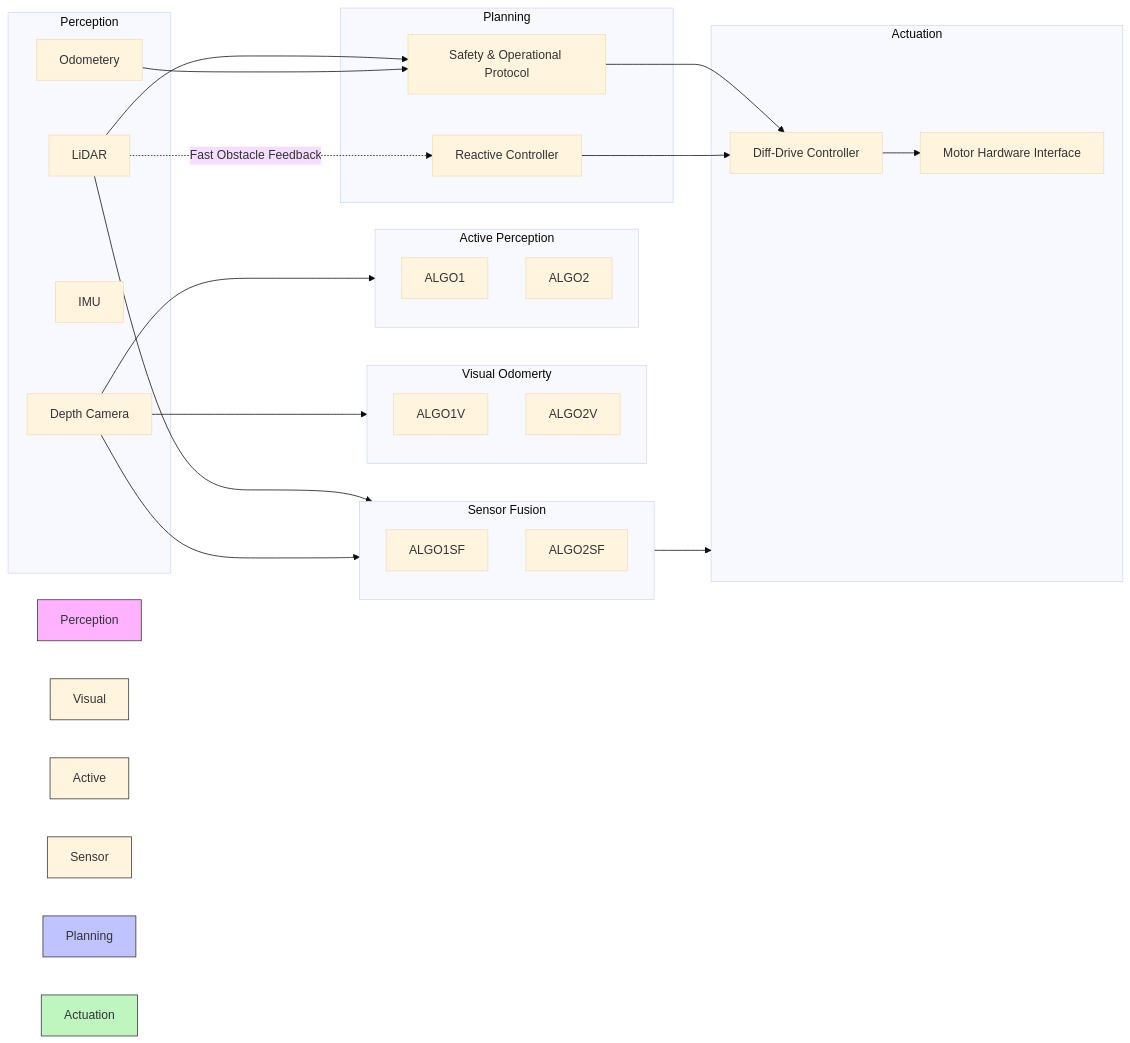
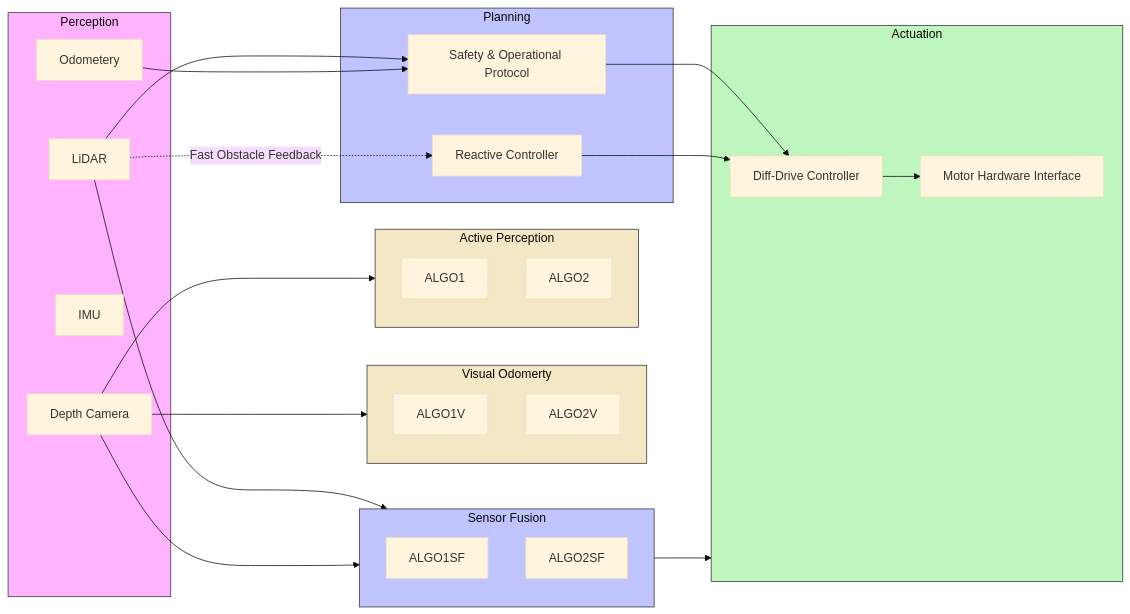
The diagram in project/report1.md (SeasonedLeo/RAS_Mobile_Robotics_Vision), drawn with Mermaid (base theme) before and after one commit.

Commit message:
Changing Mermaid colors again . previous didnt work

````diff
--- a/project/report1.md
+++ b/project/report1.md
@@ -90,64 +90,64 @@
 ```mermaid
 flowchart LR
   %% 3.1 Data Flow Diagram (Perception → Estimation → Planning → Actuation)
 
   subgraph P[Perception]
     SENS1[LiDAR]
     SENS3[Odometery]
     SENS4[IMU]
     SENS2[Depth Camera]
 
 
   end
 
 
 
  subgraph VO[Visual Odomerty]
     ALGO1V[ALGO1V]
     ALGO2V[ALGO2V]
   end
 
 
   subgraph AP[Active Perception]
     ALGO1[ALGO1]
     ALGO2[ALGO2]
   end
 
   subgraph SF[Sensor Fusion]
     ALGO1SF[ALGO1SF]
     ALGO2SF[ALGO2SF]
   end
 
  
 
   subgraph PL[Planning]
     RC[Reactive Controller]
     SFT[Safety & Operational Protocol]
   end
 
   subgraph A[Actuation]
     DDC[Diff-Drive Controller]
     MHI[Motor Hardware Interface]
   end
 
   %% Main pipeline
   SENS1 --> SF
   SENS2-->AP
   SENS2 --> VO 
   SENS2 --> SF -->A
   SENS1 --> SFT--> DDC
   SENS3 -->SFT
 
   RC --> DDC --> MHI
 
   %% Fast obstacle feedback
   SENS1 -. "Fast Obstacle Feedback" .-> RC
 
   %% Node colors (fill, border, border width)
-  style Perception fill:#ffb3ff,stroke:#333,stroke-width:1px
-  style Visual Odomerty fill:#f3e7c6,stroke:#333,stroke-width:1px
-  style Active Perception  fill:#f3e7c6,stroke:#333,stroke-width:1px
-  style Sensor Fusion   fill:#bfc3ff,stroke:#333,stroke-width:1px
-  style Planning   fill:#bfc3ff,stroke:#333,stroke-width:1px
-  style Actuation  fill:#bff5bf,stroke:#333,stroke-width:1px
+  style P fill:#ffb3ff,stroke:#333,stroke-width:1px
+  style VO fill:#f3e7c6,stroke:#333,stroke-width:1px
+  style AP  fill:#f3e7c6,stroke:#333,stroke-width:1px
+  style SF   fill:#bfc3ff,stroke:#333,stroke-width:1px
+  style PL   fill:#bfc3ff,stroke:#333,stroke-width:1px
+  style A  fill:#bff5bf,stroke:#333,stroke-width:1px
 ``` 
````
